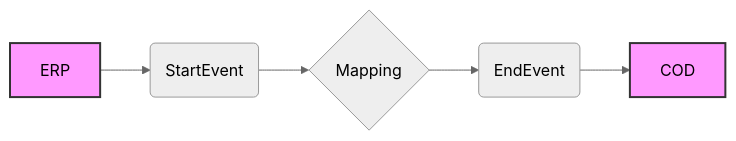
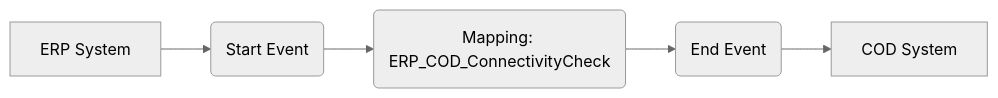
Before and after one commit to Avvale-IA-CICD/AvvaleCPI: the diagram in MMZ - Cell Iflows/Check_Connectivity_from_SAP_Business_Suite_MMZ-1.0.3/readme.md, drawn with Mermaid (neutral theme). The commit also changed other lines of this file, not shown here.

Commit message:
Add/update documentation for Check_Connectivity_from_SAP_Business_Suite_MMZ v1.0.3

````diff
--- a/MMZ - Cell Iflows/Check_Connectivity_from_SAP_Business_Suite_MMZ-1.0.3/readme.md
+++ b/MMZ - Cell Iflows/Check_Connectivity_from_SAP_Business_Suite_MMZ-1.0.3/readme.md
@@ -4,9 +4,7 @@
 ```mermaid
 graph LR
-    A[ERP] --> B(StartEvent);
-    B --> C{Mapping};
-    C --> D(EndEvent);
-    D --> E[COD];
-    style A fill:#f9f,stroke:#333,stroke-width:2px
-    style E fill:#f9f,stroke:#333,stroke-width:2px
+    ERP[ERP System] --> StartEvent(Start Event)
+    StartEvent --> Mapping(Mapping: ERP_COD_ConnectivityCheck)
+    Mapping --> EndEvent(End Event)
+    EndEvent --> COD[COD System]
 ```
````
